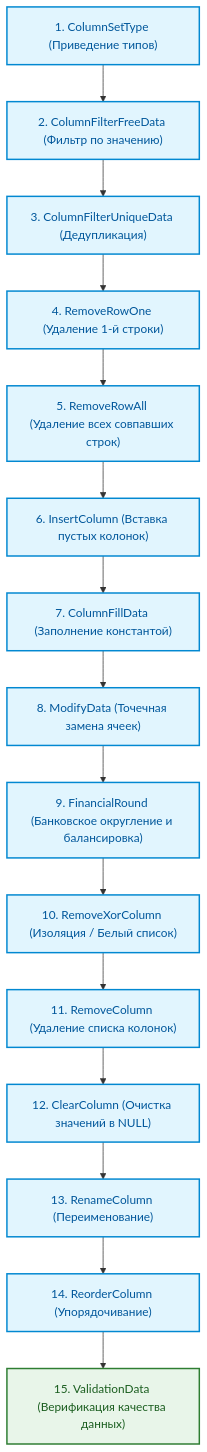
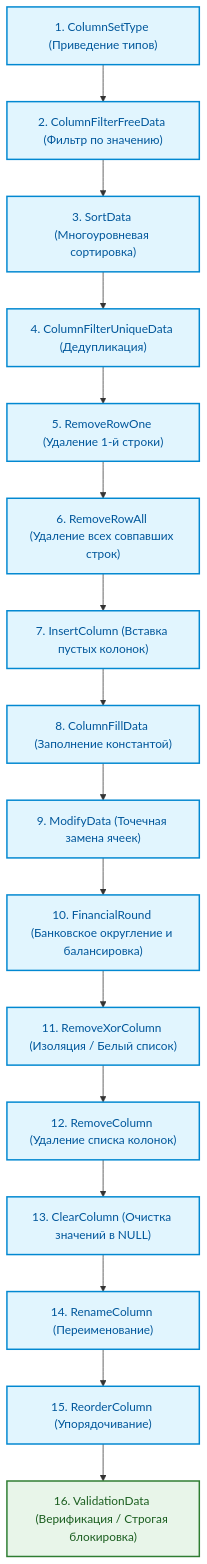
Before and after one commit to Konkery/Project-1_2026-N2-MAS: the third of 4 diagrams in 03__Проект/05__pq-script/01__general/03__ETL-processing/README-etl-processor.md, drawn with Mermaid. The commit also changed other lines of this file and 5 other files, not shown here.

````diff
--- a/03__Проект/05__pq-script/01__general/03__ETL-processing/README-etl-processor.md
+++ b/03__Проект/05__pq-script/01__general/03__ETL-processing/README-etl-processor.md
@@ -191,20 +191,21 @@
 ```mermaid
 flowchart TD
     classDef step fill:#E1F5FE,stroke:#0288D1,stroke-width:2px,color:#01579B;
     classDef final fill:#E8F5E9,stroke:#2E7D32,stroke-width:2px,color:#1B5E20;
 
     S1["1. ColumnSetType (Приведение типов)"]:::step --> S2["2. ColumnFilterFreeData (Фильтр по значению)"]:::step
-    S2 --> S3["3. ColumnFilterUniqueData (Дедупликация)"]:::step
-    S3 --> S4["4. RemoveRowOne (Удаление 1-й строки)"]:::step
-    S4 --> S5["5. RemoveRowAll (Удаление всех совпавших строк)"]:::step
-    S5 --> S6["6. InsertColumn (Вставка пустых колонок)"]:::step
-    S6 --> S7["7. ColumnFillData (Заполнение константой)"]:::step
-    S7 --> S8["8. ModifyData (Точечная замена ячеек)"]:::step
-    S8 --> S9["9. FinancialRound (Банковское округление и балансировка)"]:::step
-    S9 --> S10["10. RemoveXorColumn (Изоляция / Белый список)"]:::step
-    S10 --> S11["11. RemoveColumn (Удаление списка колонок)"]:::step
-    S11 --> S12["12. ClearColumn (Очистка значений в NULL)"]:::step
-    S12 --> S13["13. RenameColumn (Переименование)"]:::step
-    S13 --> S14["14. ReorderColumn (Упорядочивание)"]:::step
-    S14 --> S15["15. ValidationData (Верификация качества данных)"]:::final
+    S2 --> S3["3. SortData (Многоуровневая сортировка)"]:::step
+    S3 --> S4["4. ColumnFilterUniqueData (Дедупликация)"]:::step
+    S4 --> S5["5. RemoveRowOne (Удаление 1-й строки)"]:::step
+    S5 --> S6["6. RemoveRowAll (Удаление всех совпавших строк)"]:::step
+    S6 --> S7["7. InsertColumn (Вставка пустых колонок)"]:::step
+    S7 --> S8["8. ColumnFillData (Заполнение константой)"]:::step
+    S8 --> S9["9. ModifyData (Точечная замена ячеек)"]:::step
+    S9 --> S10["10. FinancialRound (Банковское округление и балансировка)"]:::step
+    S10 --> S11["11. RemoveXorColumn (Изоляция / Белый список)"]:::step
+    S11 --> S12["12. RemoveColumn (Удаление списка колонок)"]:::step
+    S12 --> S13["13. ClearColumn (Очистка значений в NULL)"]:::step
+    S13 --> S14["14. RenameColumn (Переименование)"]:::step
+    S14 --> S15["15. ReorderColumn (Упорядочивание)"]:::step
+    S15 --> S16["16. ValidationData (Верификация / Строгая блокировка)"]:::final
 ```
````
